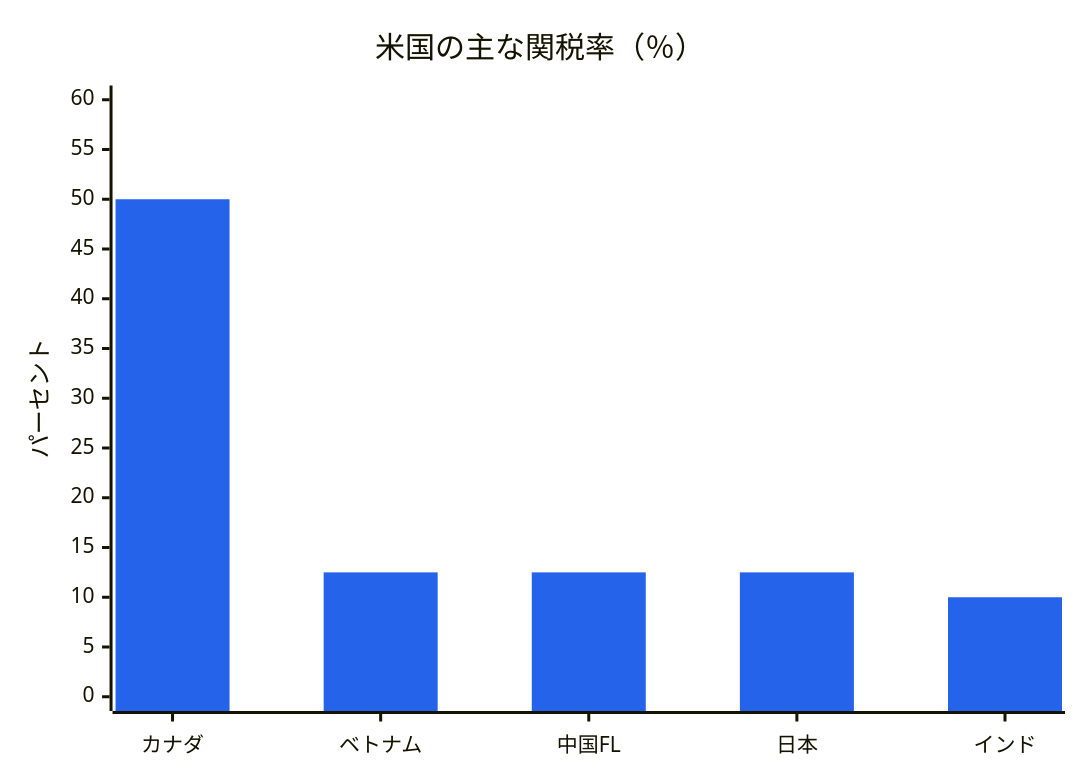
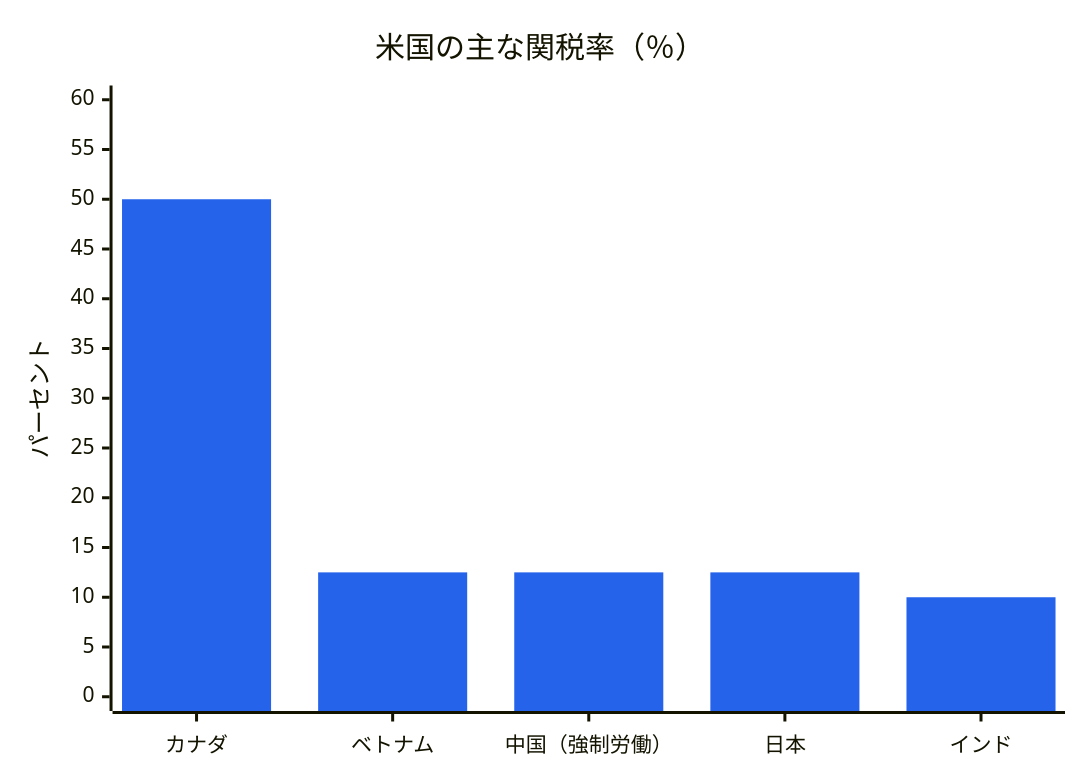
The first of 15 diagrams in Global-Trade-Intelligence-weekly-2026-11-23/index.jp.md (dureach/research), drawn with Mermaid before and after one commit. The commit also changed other lines of this file and 5 other files, not shown here.

````diff
--- a/Global-Trade-Intelligence-weekly-2026-11-23/index.jp.md
+++ b/Global-Trade-Intelligence-weekly-2026-11-23/index.jp.md
@@ -220,8 +220,8 @@
 ```mermaid
 %%{init: {'theme': 'base', 'themeVariables': {'xyChart': {'plotColorPalette': '#2563eb'}}}}%%
 xychart-beta
     title "米国の主な関税率（％）"
-    x-axis ["カナダ", "ベトナム", "中国FL", "日本", "インド"]
+    x-axis ["カナダ", "ベトナム", "中国（強制労働）", "日本", "インド"]
     y-axis "パーセント" 0 --> 60
     bar [50, 12.5, 12.5, 12.5, 10]
 ```
````
